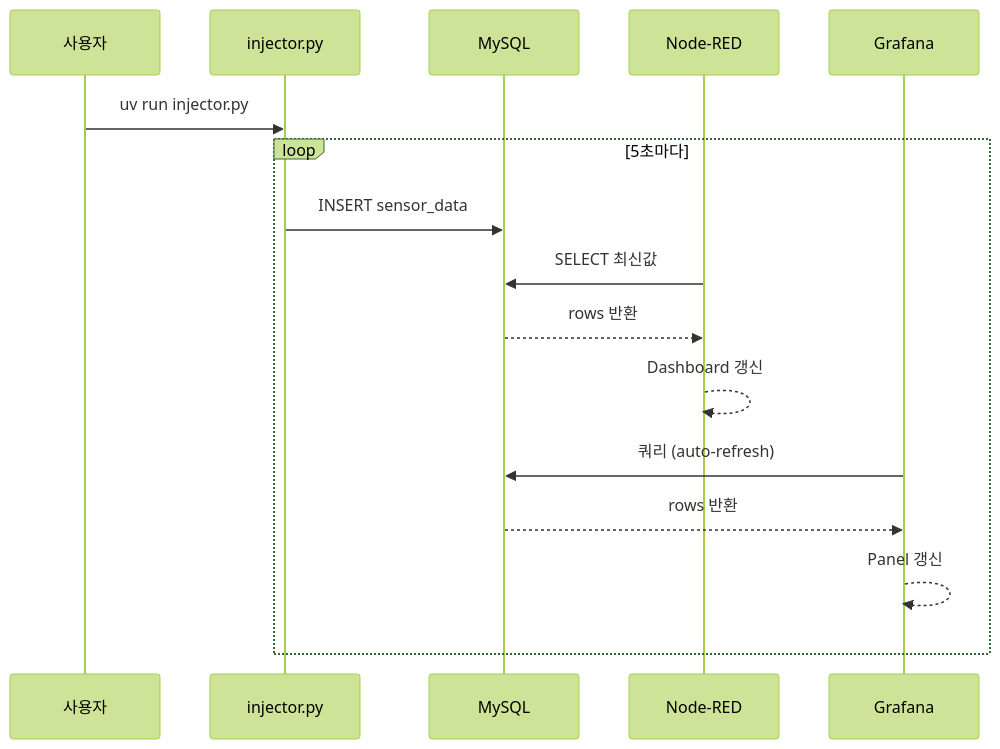
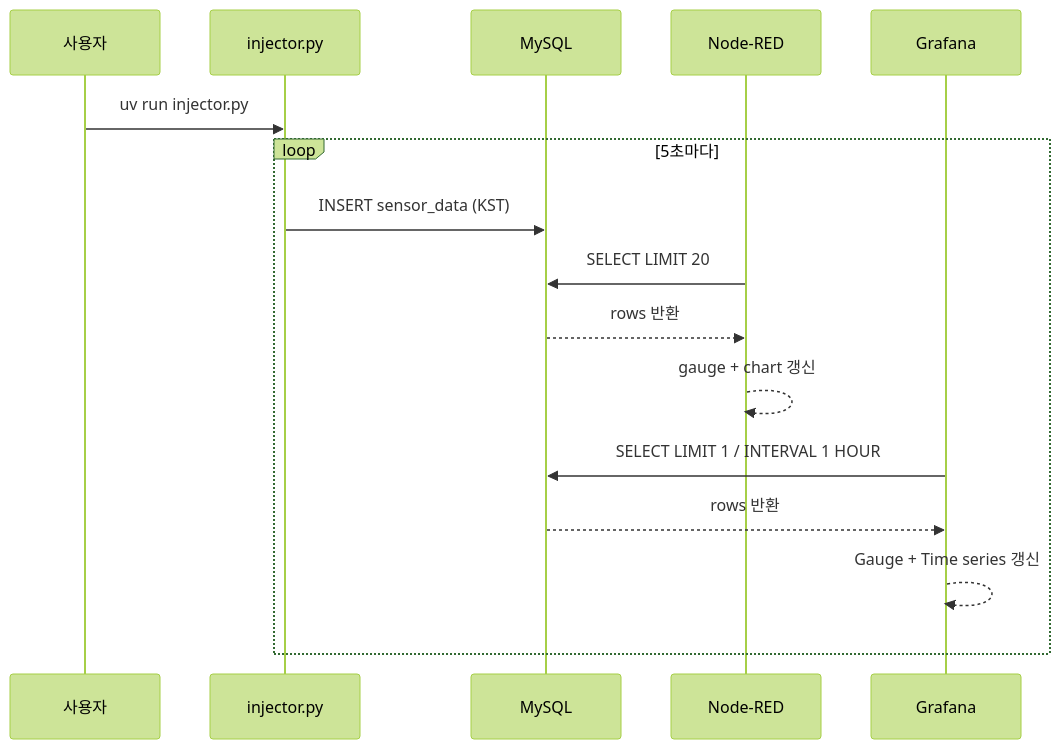
The fifth of 5 diagrams in project.md (kuro-0211/T-H-P-Checker), drawn with Mermaid (forest theme) before and after one commit. The commit also changed other lines of this file, not shown here.

First line of the commit message:
Update project.md with full dashboard configuration

````diff
--- a/project.md
+++ b/project.md
@@ -156,19 +213,19 @@
 ```mermaid
 sequenceDiagram
     participant U as 사용자
     participant I as injector.py
     participant DB as MySQL
     participant NR as Node-RED
     participant GF as Grafana
 
     U->>I: uv run injector.py
     loop 5초마다
-        I->>DB: INSERT sensor_data
-        NR->>DB: SELECT 최신값
+        I->>DB: INSERT sensor_data (KST)
+        NR->>DB: SELECT LIMIT 20
         DB-->>NR: rows 반환
-        NR-->>NR: Dashboard 갱신
-        GF->>DB: 쿼리 (auto-refresh)
+        NR-->>NR: gauge + chart 갱신
+        GF->>DB: SELECT LIMIT 1 / INTERVAL 1 HOUR
         DB-->>GF: rows 반환
-        GF-->>GF: Panel 갱신
+        GF-->>GF: Gauge + Time series 갱신
     end
 ```
````
